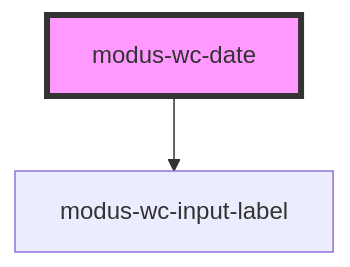
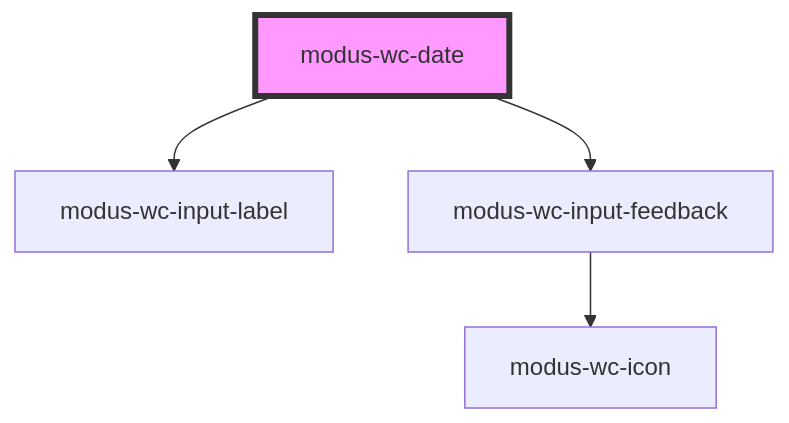
Before and after one commit to trimble-oss/modus-wc-2.0: the diagram in src/components/modus-wc-date/readme.md, drawn with Mermaid. The commit also changed other lines of this file and 43 other files, not shown here.

Commit message:
feat: add input-feedback to input components

````diff
--- a/src/components/modus-wc-date/readme.md
+++ b/src/components/modus-wc-date/readme.md
@@ -49,5 +51,7 @@
 ```mermaid
 graph TD;
   modus-wc-date --> modus-wc-input-label
+  modus-wc-date --> modus-wc-input-feedback
+  modus-wc-input-feedback --> modus-wc-icon
   style modus-wc-date fill:#f9f,stroke:#333,stroke-width:4px
 ```
````
